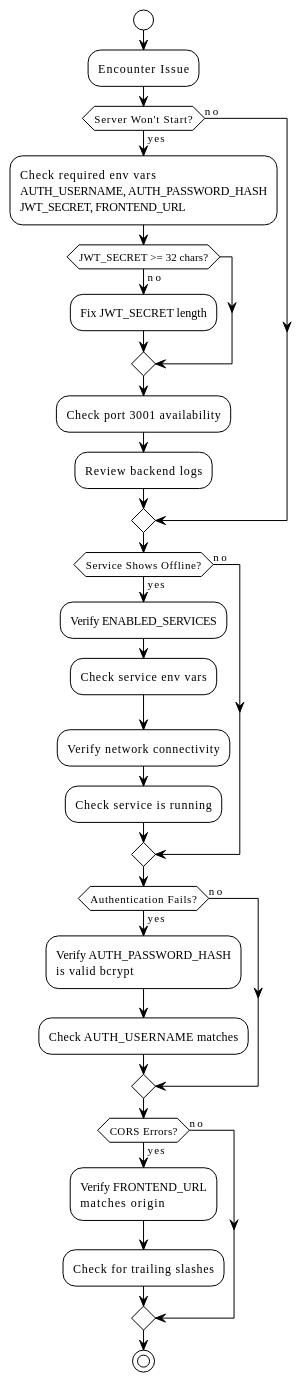
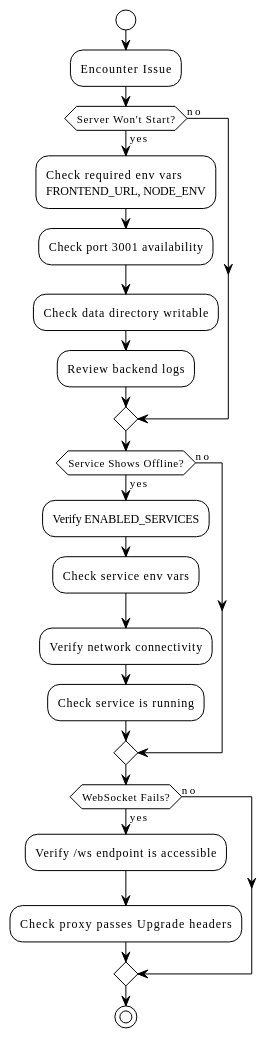
One commit to EraPartner/Watchman changed the first of 2 diagrams in docs/troubleshooting.md. Above: the diagram before and after it, drawn with PlantUML. The commit also changed other lines of this file and 9 other files, not shown here.

First line of the commit message:
docs: align KB with ADR-017 (no auth) and add interactive flow visualizer

````diff
--- a/docs/troubleshooting.md
+++ b/docs/troubleshooting.md
@@ -154,41 +145,33 @@
 ```plantuml
 @startuml
 !theme plain
 
 start
 
 :Encounter Issue;
 
 if (Server Won't Start?) then (yes)
-    :Check required env vars\nAUTH_USERNAME, AUTH_PASSWORD_HASH\nJWT_SECRET, FRONTEND_URL;
-    if (JWT_SECRET >= 32 chars?) then (no)
-        :Fix JWT_SECRET length;
-    endif
+    :Check required env vars\nFRONTEND_URL, NODE_ENV;
     :Check port 3001 availability;
+    :Check data directory writable;
     :Review backend logs;
 else (no)
 endif
 
 if (Service Shows Offline?) then (yes)
     :Verify ENABLED_SERVICES;
     :Check service env vars;
     :Verify network connectivity;
     :Check service is running;
 else (no)
 endif
 
-if (Authentication Fails?) then (yes)
-    :Verify AUTH_PASSWORD_HASH\nis valid bcrypt;
-    :Check AUTH_USERNAME matches;
-else (no)
-endif
-
-if (CORS Errors?) then (yes)
-    :Verify FRONTEND_URL\nmatches origin;
-    :Check for trailing slashes;
+if (WebSocket Fails?) then (yes)
+    :Verify /ws endpoint is accessible;
+    :Check proxy passes Upgrade headers;
 else (no)
 endif
 
 stop
 @enduml
 ```
````
